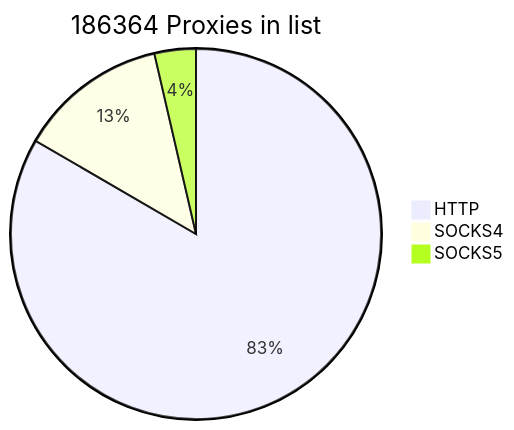
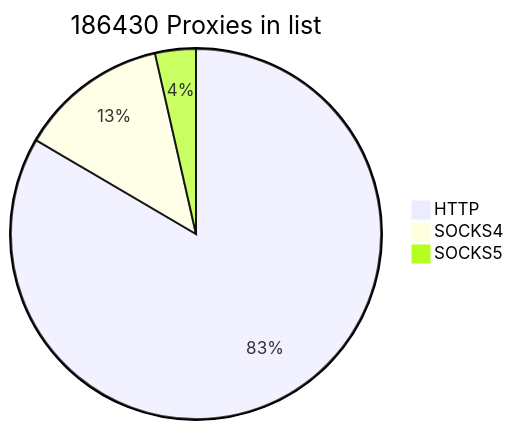
Before and after one commit to cutipu/proxylist: the first of 2 diagrams in README.md, drawn with Mermaid. The commit also changed other lines of this file, not shown here.

````diff
--- a/README.md
+++ b/README.md
@@ -2,7 +2,7 @@
 ```mermaid
-pie title 186364 Proxies in list
-    "HTTP" : 155386
+pie title 186430 Proxies in list
+    "HTTP" : 155552
     "SOCKS4" : 24247
-    "SOCKS5" : 6731
+    "SOCKS5" : 6631
             
 ```
````
